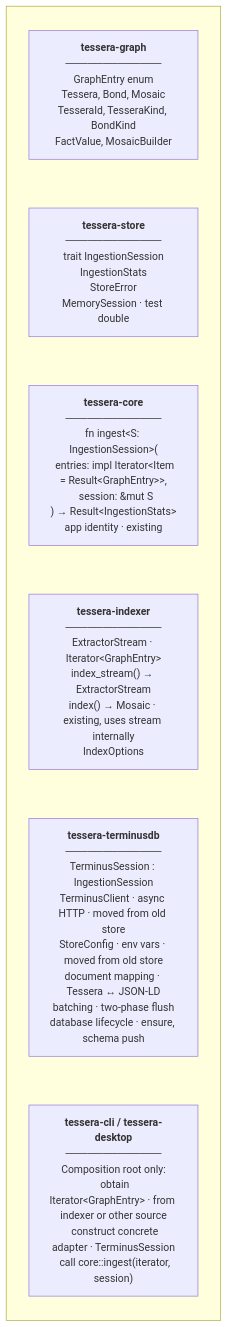
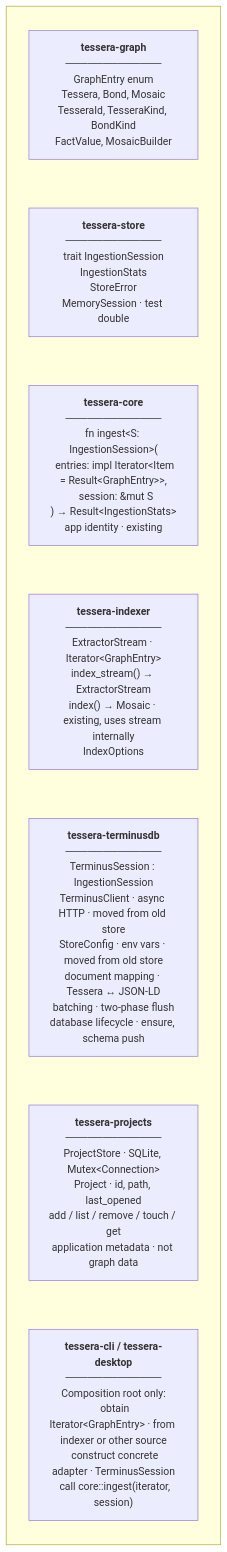
The second of 4 diagrams in ARCHITECTURE.md (bluebird-labs/tessera), drawn with Mermaid before and after one commit. The commit also changed other lines of this file and 2 other files, not shown here.

First line of the commit message:
docs: resync CLAUDE.md, README, and ARCHITECTURE with the workspace (#23)

````diff
--- a/ARCHITECTURE.md
+++ b/ARCHITECTURE.md
@@ -55,18 +64,20 @@
 ```mermaid
 graph TB
     subgraph " "
         direction TB
         G["<b>tessera-graph</b><br/>─────────────<br/>GraphEntry enum<br/>Tessera, Bond, Mosaic<br/>TesseraId, TesseraKind, BondKind<br/>FactValue, MosaicBuilder"]
         S["<b>tessera-store</b><br/>─────────────<br/>trait IngestionSession<br/>IngestionStats<br/>StoreError<br/>MemorySession · test double"]
         C["<b>tessera-core</b><br/>─────────────<br/>fn ingest&lt;S: IngestionSession&gt;(<br/>  entries: impl Iterator&lt;Item = Result&lt;GraphEntry&gt;&gt;,<br/>  session: &amp;mut S<br/>) → Result&lt;IngestionStats&gt;<br/>app identity · existing"]
         I["<b>tessera-indexer</b><br/>─────────────<br/>ExtractorStream · Iterator&lt;GraphEntry&gt;<br/>index_stream() → ExtractorStream<br/>index() → Mosaic · existing, uses stream internally<br/>IndexOptions"]
         T["<b>tessera-terminusdb</b><br/>─────────────<br/>TerminusSession : IngestionSession<br/>TerminusClient · async HTTP · moved from old store<br/>StoreConfig · env vars · moved from old store<br/>document mapping · Tessera ↔ JSON-LD<br/>batching · two-phase flush<br/>database lifecycle · ensure, schema push"]
+        P["<b>tessera-projects</b><br/>─────────────<br/>ProjectStore · SQLite, Mutex&lt;Connection&gt;<br/>Project · id, path, last_opened<br/>add / list / remove / touch / get<br/>application metadata · not graph data"]
         B["<b>tessera-cli / tessera-desktop</b><br/>─────────────<br/>Composition root only:<br/>  obtain Iterator&lt;GraphEntry&gt; · from indexer or other source<br/>  construct concrete adapter · TerminusSession<br/>  call core::ingest(iterator, session)"]
     end
 
     G ~~~ S
     S ~~~ C
     C ~~~ I
     I ~~~ T
-    T ~~~ B
+    T ~~~ P
+    P ~~~ B
 ```
````
